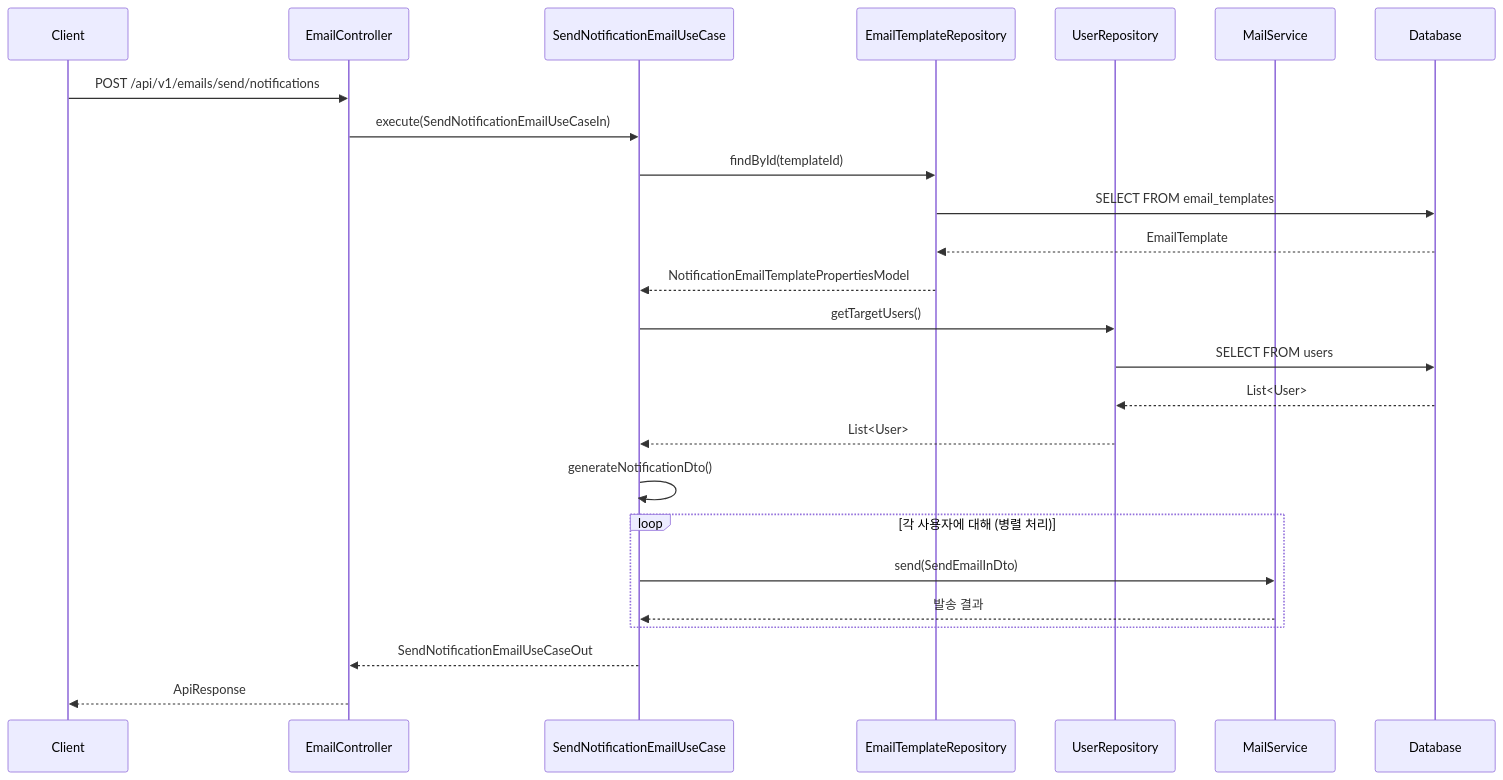
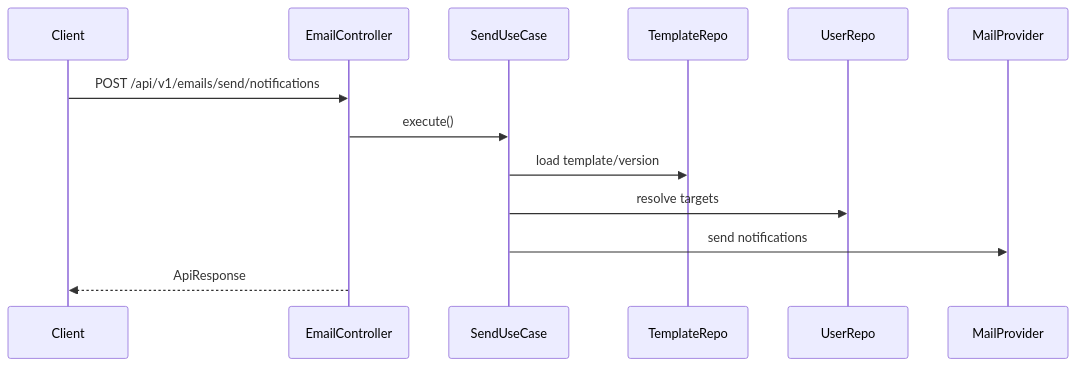
The fourth of 5 diagrams in docs/Domain-and-UseCase-Flows.md (belljun3395/crm-project), drawn with Mermaid before and after one commit. The commit also changed other lines of this file and 3 other files, not shown here.

````diff
--- a/docs/Domain-and-UseCase-Flows.md
+++ b/docs/Domain-and-UseCase-Flows.md
@@ -283,33 +206,16 @@
 ```mermaid
 sequenceDiagram
     participant Client
     participant EmailController
-    participant SendNotificationEmailUseCase
-    participant EmailTemplateRepository
-    participant UserRepository
-    participant MailService
-    participant Database
-    
+    participant SendUseCase
+    participant TemplateRepo
+    participant UserRepo
+    participant MailProvider
+
     Client->>EmailController: POST /api/v1/emails/send/notifications
-    EmailController->>SendNotificationEmailUseCase: execute(SendNotificationEmailUseCaseIn)
-    
-    SendNotificationEmailUseCase->>EmailTemplateRepository: findById(templateId)
-    EmailTemplateRepository->>Database: SELECT FROM email_templates
-    Database-->>EmailTemplateRepository: EmailTemplate
-    EmailTemplateRepository-->>SendNotificationEmailUseCase: NotificationEmailTemplatePropertiesModel
-    
-    SendNotificationEmailUseCase->>UserRepository: getTargetUsers()
-    UserRepository->>Database: SELECT FROM users
-    Database-->>UserRepository: List<User>
-    UserRepository-->>SendNotificationEmailUseCase: List<User>
-    
-    SendNotificationEmailUseCase->>SendNotificationEmailUseCase: generateNotificationDto()
-    
-    loop 각 사용자에 대해 (병렬 처리)
-        SendNotificationEmailUseCase->>MailService: send(SendEmailInDto)
-        MailService-->>SendNotificationEmailUseCase: 발송 결과
-    end
-    
-    SendNotificationEmailUseCase-->>EmailController: SendNotificationEmailUseCaseOut
+    EmailController->>SendUseCase: execute()
+    SendUseCase->>TemplateRepo: load template/version
+    SendUseCase->>UserRepo: resolve targets
+    SendUseCase->>MailProvider: send notifications
     EmailController-->>Client: ApiResponse
 ```
````
